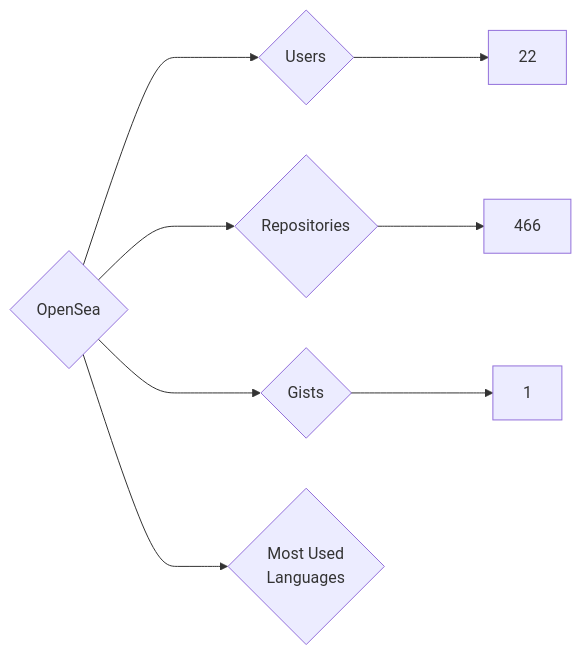
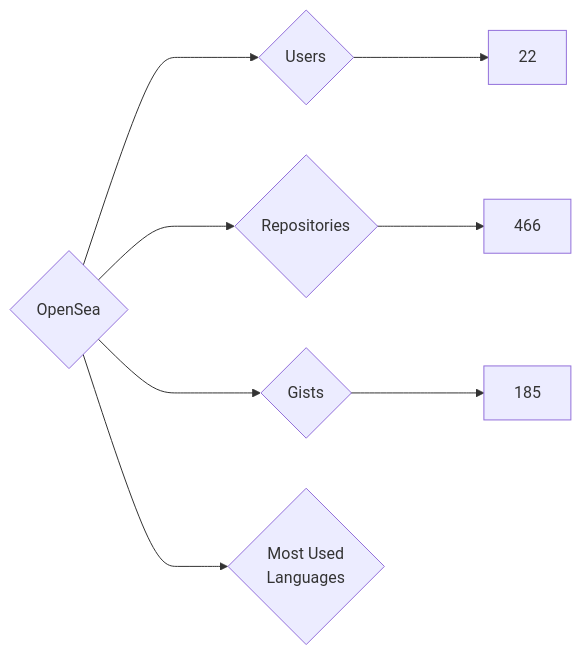
Before and after one commit to nenadzaric/insiders: the diagram in targets/OpenSea/README.md, drawn with Mermaid. The commit also changed 1342 other files, not shown here.

````diff
--- a/targets/OpenSea/README.md
+++ b/targets/OpenSea/README.md
@@ -3,8 +3,8 @@
 ```mermaid
 graph LR
 COMPANY_NAME{OpenSea}
 COMPANY_NAME ---> U{Users} ---> UN[22]
 COMPANY_NAME ---> R{Repositories} ---> RN[466]
-COMPANY_NAME ---> G{Gists} ---> GN[1]
+COMPANY_NAME ---> G{Gists} ---> GN[185]
 COMPANY_NAME ---> ML{Most Used<br>Languages}
 ```
````
